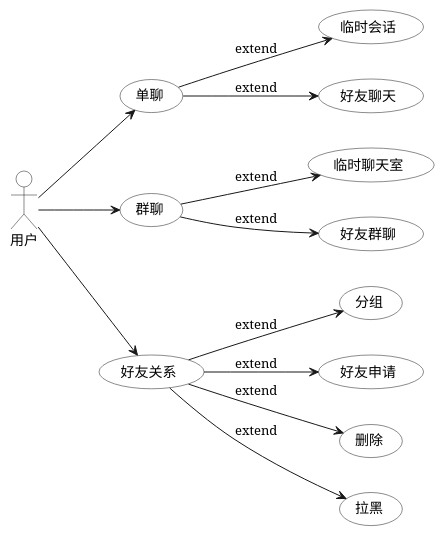
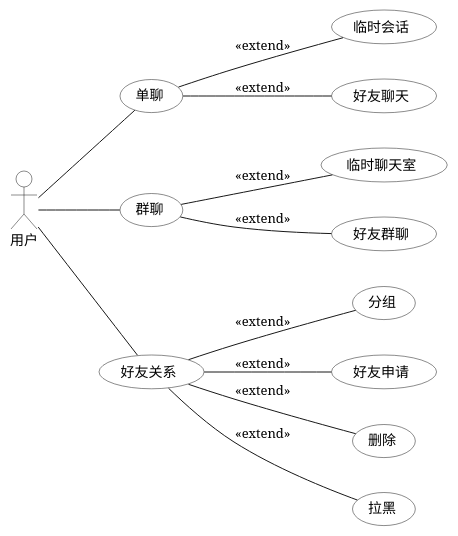
The diagram in a-uml/用例图/及时通信-用户.puml (hitzaki/biz-center), drawn with PlantUML before and after one commit. The commit also changed 32 other files, not shown here.

```diff
--- a/a-uml/用例图/及时通信-用户.puml
+++ b/a-uml/用例图/及时通信-用户.puml
@@ -1,32 +1,32 @@
 @startuml
 '最近一次更新时间: 2024-05-05
 left to right direction
 
 :用户: as User #white
 
 (单聊) as (Use1) #white
   (临时会话) as (Use11) #white
   (好友聊天) as (Use12) #white
 (群聊) as (Use2) #white
   (临时聊天室) as (Use21) #white
   (好友群聊) as (Use22) #white
 (好友关系) as (Use3) #white
   (分组) as (Use31) #white
   (好友申请) as (Use32) #white
   (删除) as (Use33) #white
   (拉黑) as (Use34) #white
 
-User -down-> (Use1)
-User -down-> (Use2)
-User -down-> (Use3)
+User -down- (Use1)
+User -down- (Use2)
+User -down- (Use3)
 
-(Use1) --> (Use11):extend
-(Use1) --> (Use12):extend
-(Use2) --> (Use21):extend
-(Use2) --> (Use22):extend
-(Use3) --> (Use31):extend
-(Use3) --> (Use32):extend
-(Use3) --> (Use33):extend
-(Use3) --> (Use34):extend
+(Use1) -- (Use11):<<extend>>
+(Use1) -- (Use12):<<extend>>
+(Use2) -- (Use21):<<extend>>
+(Use2) -- (Use22):<<extend>>
+(Use3) -- (Use31):<<extend>>
+(Use3) -- (Use32):<<extend>>
+(Use3) -- (Use33):<<extend>>
+(Use3) -- (Use34):<<extend>>
 
 @enduml
```
